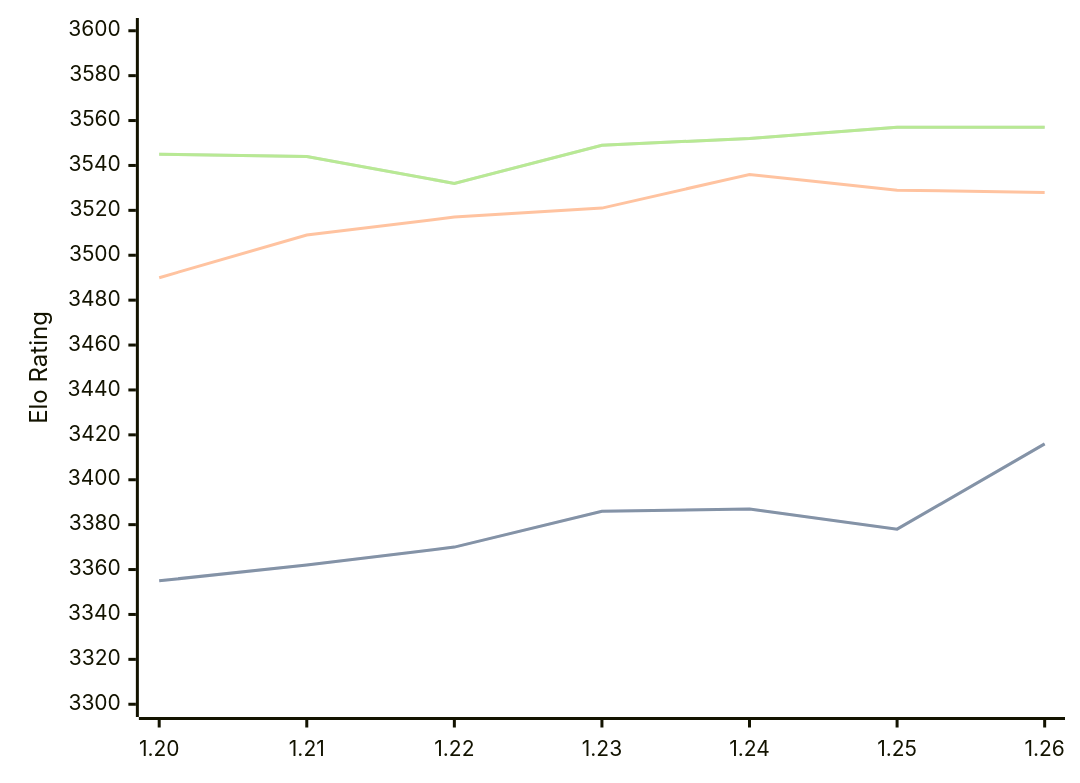
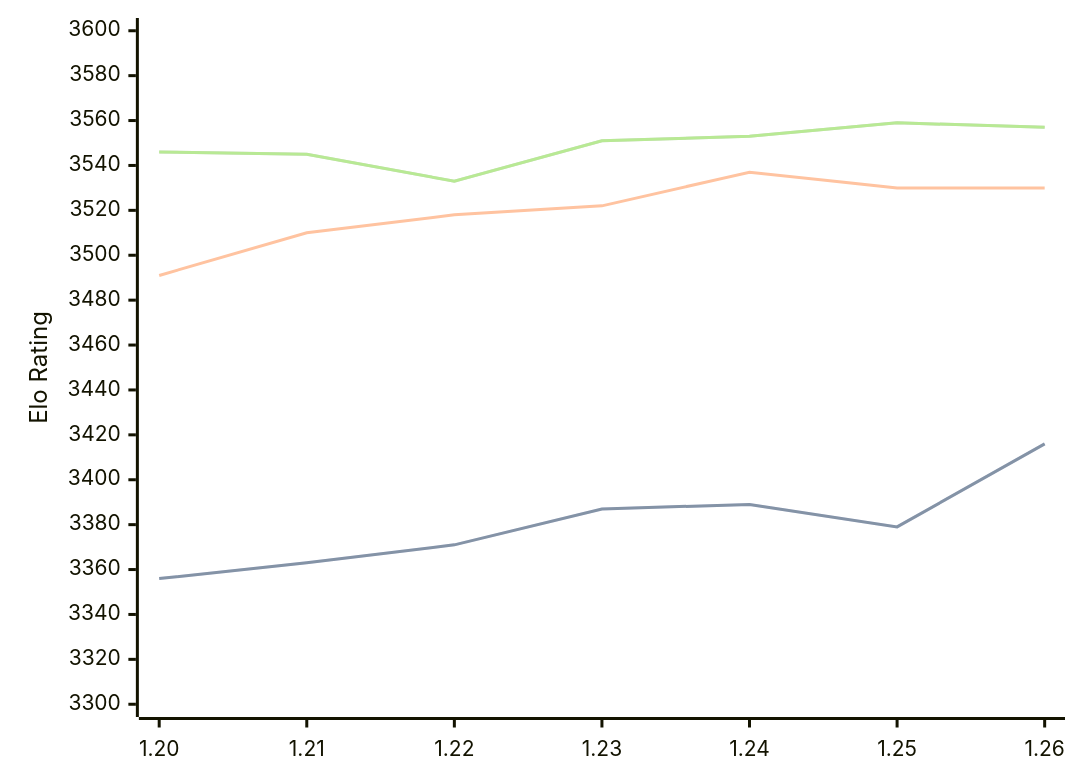
The diagram in engines/Caissa.md (computer-chess-index/cci), drawn with Mermaid before and after one commit. The commit also changed other lines of this file, not shown here.

Commit message:
Update CCI Ratings (ELO VLTC) - 2026-08-26

````diff
--- a/engines/Caissa.md
+++ b/engines/Caissa.md
@@ -37,11 +37,11 @@
 ```mermaid
 %%{init: {"theme":"base","themeVariables":{"seriesColors:['#a3a3a3','#222221','#faa371']}}}%%
 xychart-beta
   x-axis ["1.20", "1.21", "1.22", "1.23", "1.24", "1.25", "1.26"]
   y-axis "Elo Rating" 3300 --> 3600
-  line "STC (8.0+0.08s)" [3355, 3362, 3370, 3386, 3387, 3378, 3416]
-  line "STC (8.0+0.08s)" [3355, 3362, 3370, 3386, 3387, 3378, 3416]
-  line "LTC (60.0+0.60s)" [3490, 3509, 3517, 3521, 3536, 3529, 3528]
-  line "VLTC (2m24s+1.12s)" [3545, 3544, 3532, 3549, 3552, 3557, 3557]
-  line "VLTC (2m24s+1.12s)" [3545, 3544, 3532, 3549, 3552, 3557, 3557]
+  line "STC (8.0+0.08s)" [3356, 3363, 3371, 3387, 3389, 3379, 3416]
+  line "STC (8.0+0.08s)" [3356, 3363, 3371, 3387, 3389, 3379, 3416]
+  line "LTC (60.0+0.60s)" [3491, 3510, 3518, 3522, 3537, 3530, 3530]
+  line "VLTC (2m24s+1.12s)" [3546, 3545, 3533, 3551, 3553, 3559, 3557]
+  line "VLTC (2m24s+1.12s)" [3546, 3545, 3533, 3551, 3553, 3559, 3557]
 ```
````
